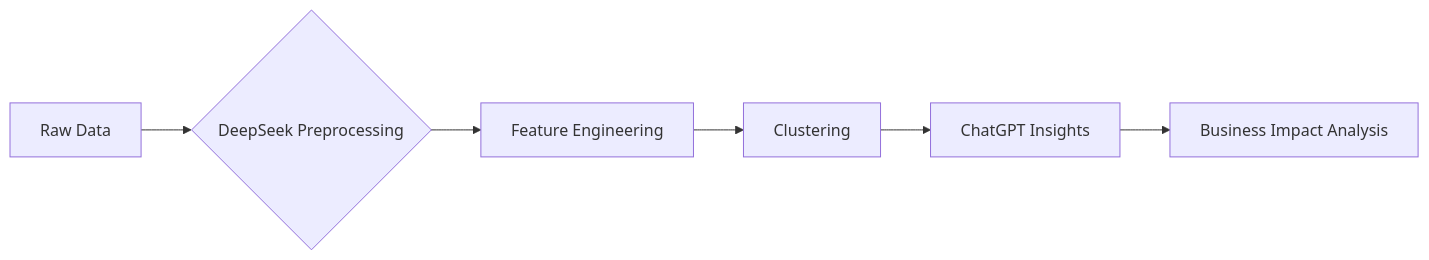
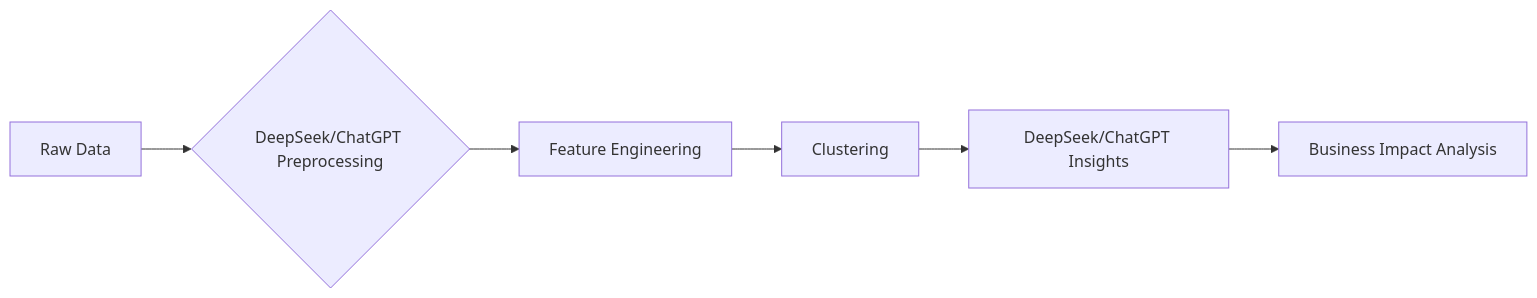
Before and after one commit to ninaphm/AI-Powered-Customer-Segmentation-DeepSeek-vs.-ChatGPT: the diagram in README.md, drawn with Mermaid.

````diff
--- a/README.md
+++ b/README.md
@@ -41,8 +41,8 @@
 ```mermaid
 graph LR
-A[Raw Data] --> B{DeepSeek Preprocessing}
+A[Raw Data] --> B{DeepSeek/ChatGPT Preprocessing}
 B --> C[Feature Engineering]
 C --> D[Clustering]
-D --> E[ChatGPT Insights]
+D --> E[DeepSeek/ChatGPT Insights]
 E --> F[Business Impact Analysis]
 ```
````
